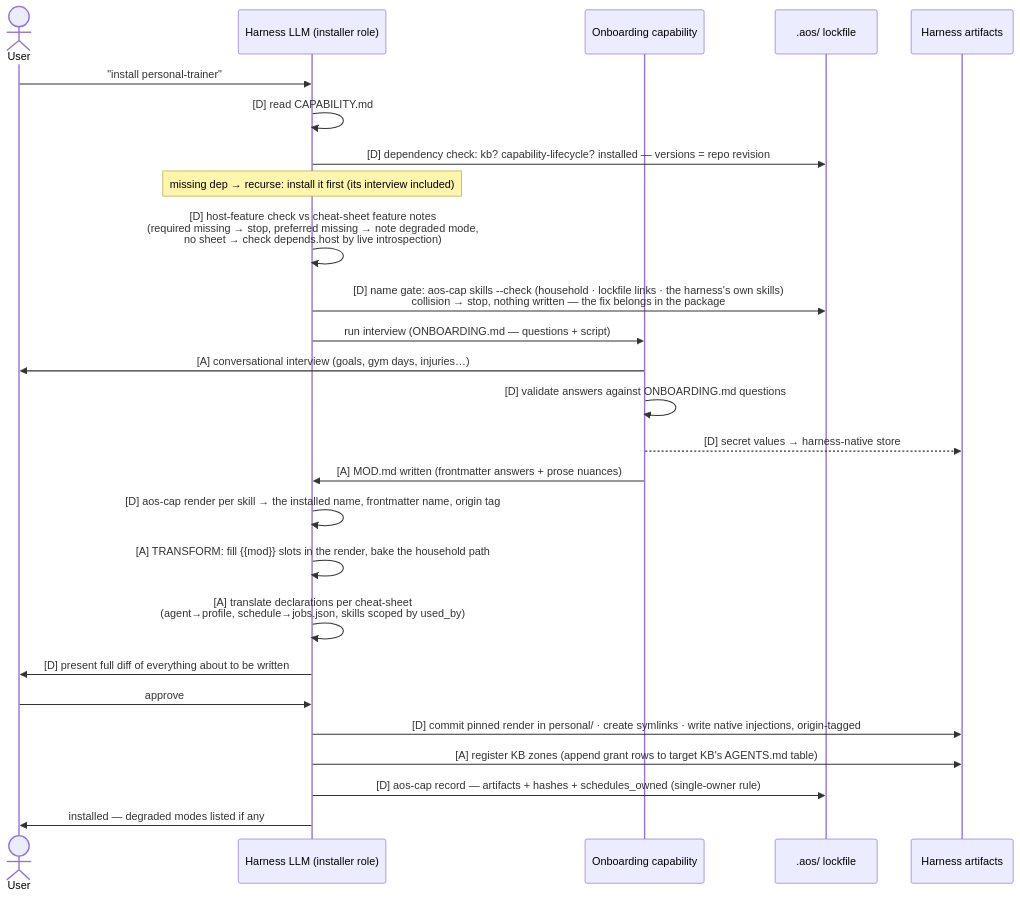
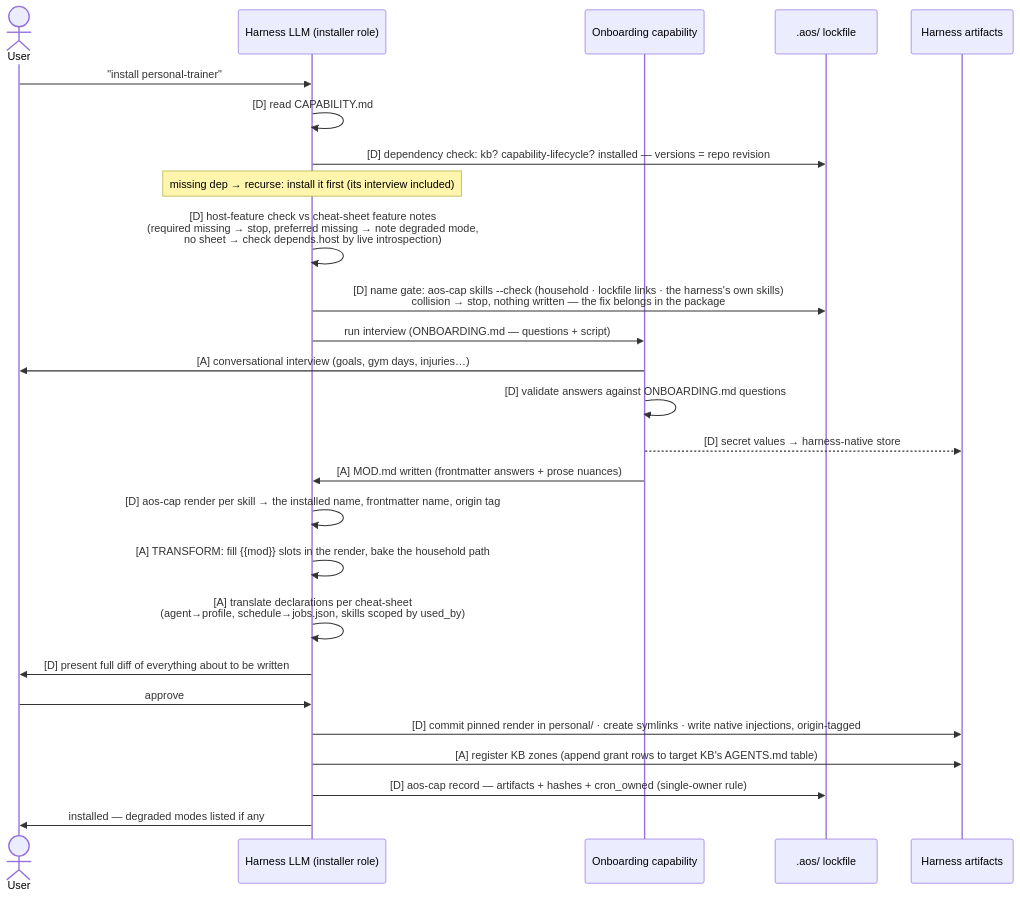
One commit to AlmogBaku/aos changed the first of 2 diagrams in design/install-flow.md. Above: the diagram before and after it, drawn with Mermaid. The commit also changed 6 other files, not shown here.

````diff
--- a/design/install-flow.md
+++ b/design/install-flow.md
@@ -22,29 +22,29 @@
 ```mermaid
 sequenceDiagram
     actor U as User
     participant H as Harness LLM (installer role)
     participant O as Onboarding capability
     participant L as .aos/ lockfile
     participant HA as Harness artifacts
 
     U->>H: "install personal-trainer"
     H->>H: [D] read CAPABILITY.md
     H->>L: [D] dependency check: kb? capability-lifecycle? installed — versions = repo revision
     Note over H: missing dep → recurse: install it first (its interview included)
     H->>H: [D] host-feature check vs cheat-sheet feature notes<br/>(required missing → stop, preferred missing → note degraded mode,<br/>no sheet → check depends.host by live introspection)
     H->>L: [D] name gate: aos-cap skills --check (household · lockfile links · the harness's own skills)<br/>collision → stop, nothing written — the fix belongs in the package
     H->>O: run interview (ONBOARDING.md — questions + script)
     O->>U: [A] conversational interview (goals, gym days, injuries…)
     O->>O: [D] validate answers against ONBOARDING.md questions
     O-->>HA: [D] secret values → harness-native store
     O->>H: [A] MOD.md written (frontmatter answers + prose nuances)
     H->>H: [D] aos-cap render per skill → the installed name, frontmatter name, origin tag
     H->>H: [A] TRANSFORM: fill {{mod}} slots in the render, bake the household path
     H->>H: [A] translate declarations per cheat-sheet<br/>(agent→profile, schedule→jobs.json, skills scoped by used_by)
     H->>U: [D] present full diff of everything about to be written
     U->>H: approve
     H->>HA: [D] commit pinned render in personal/ · create symlinks · write native injections, origin-tagged
     H->>HA: [A] register KB zones (append grant rows to target KB's AGENTS.md table)
-    H->>L: [D] aos-cap record — artifacts + hashes + schedules_owned (single-owner rule)
+    H->>L: [D] aos-cap record — artifacts + hashes + cron_owned (single-owner rule)
     H->>U: installed — degraded modes listed if any
 ```
````
